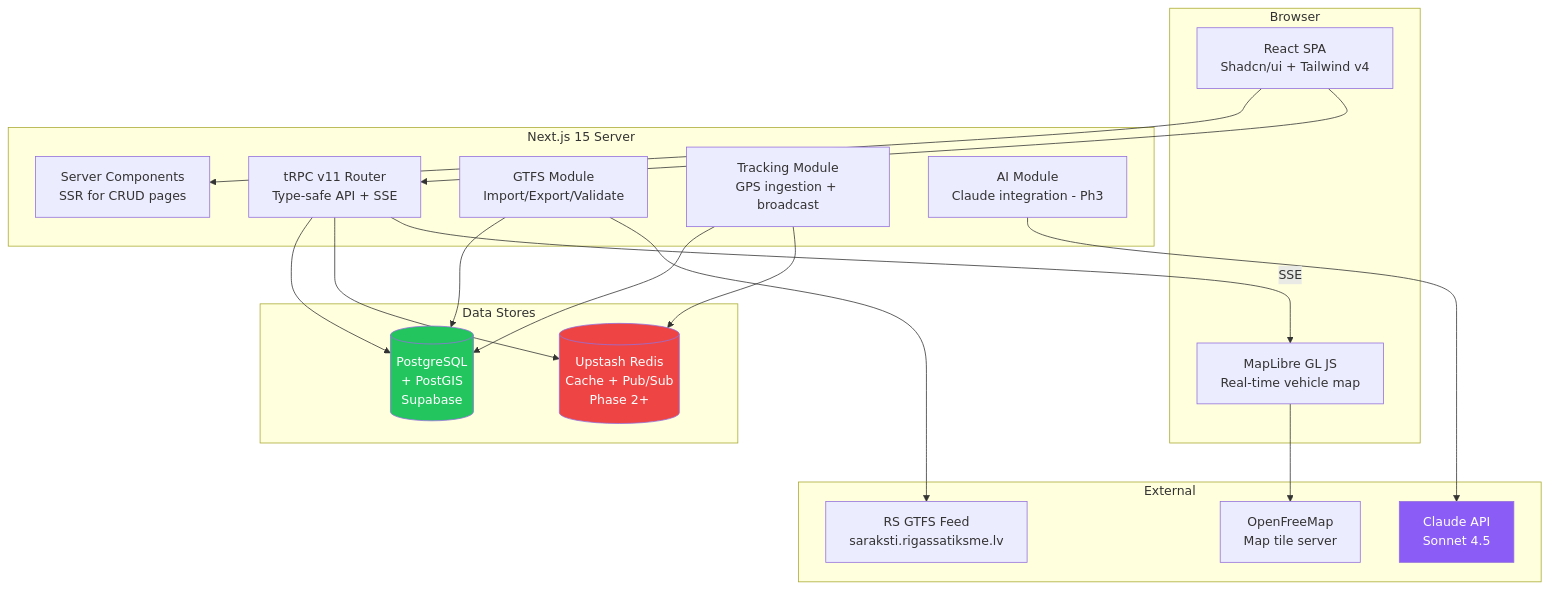
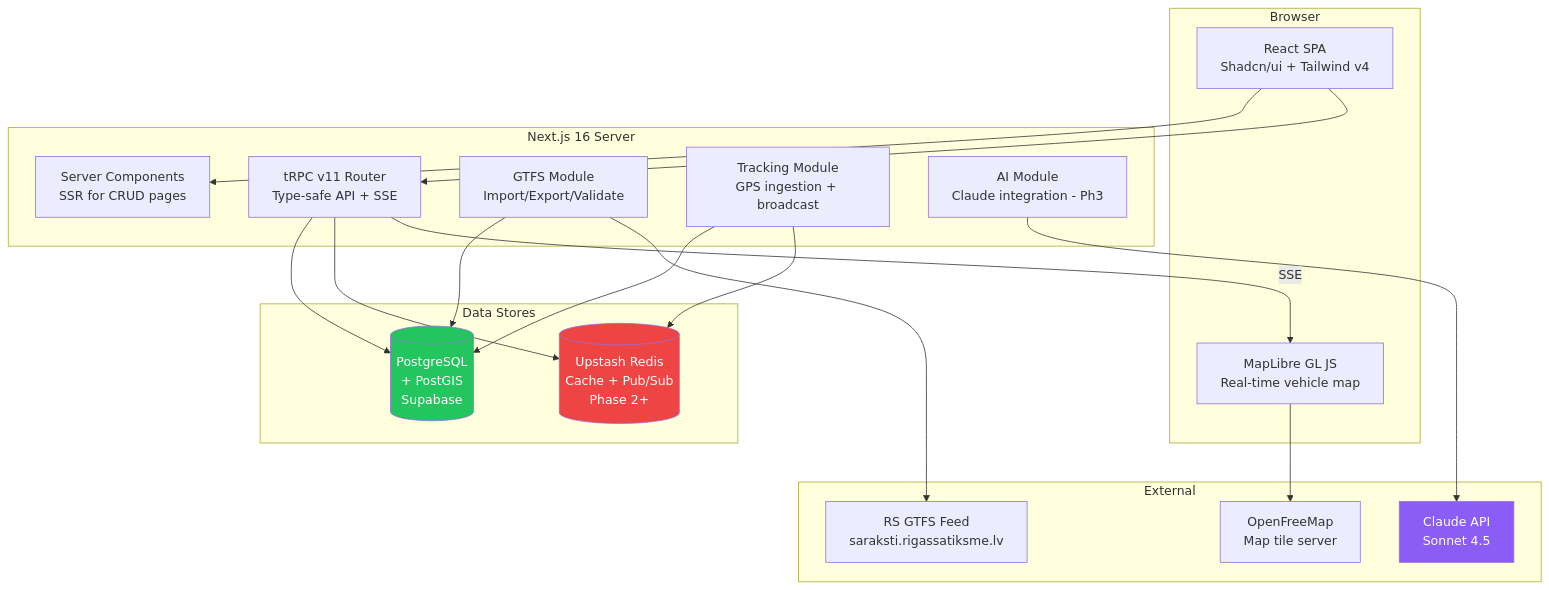
Before and after one commit to linardsb/VTV: the second of 9 diagrams in documents/diagrams/architecture-diagrams.md, drawn with Mermaid. The commit also changed other lines of this file and 9 other files, not shown here.

First line of the commit message:
docs: update all project documentation for frontend architecture

````diff
--- a/documents/diagrams/architecture-diagrams.md
+++ b/documents/diagrams/architecture-diagrams.md
@@ -42,42 +42,42 @@
 ```mermaid
 graph TB
     subgraph "Browser"
         UI[React SPA<br/>Shadcn/ui + Tailwind v4]
         MAP[MapLibre GL JS<br/>Real-time vehicle map]
     end
 
-    subgraph "Next.js 15 Server"
+    subgraph "Next.js 16 Server"
         SC[Server Components<br/>SSR for CRUD pages]
         API[tRPC v11 Router<br/>Type-safe API + SSE]
         GTFS_M[GTFS Module<br/>Import/Export/Validate]
         TRACK[Tracking Module<br/>GPS ingestion + broadcast]
         AI_M[AI Module<br/>Claude integration - Ph3]
     end
 
     subgraph "Data Stores"
         DB[(PostgreSQL<br/>+ PostGIS<br/>Supabase)]
         REDIS[(Upstash Redis<br/>Cache + Pub/Sub<br/>Phase 2+)]
     end
 
     subgraph "External"
         TILES[OpenFreeMap<br/>Map tile server]
         CLAUDE[Claude API<br/>Sonnet 4.5]
         RS_FEED[RS GTFS Feed<br/>saraksti.rigassatiksme.lv]
     end
 
     UI --> SC
     UI --> API
     MAP --> TILES
     API --> DB
     API --> REDIS
     GTFS_M --> DB
     GTFS_M --> RS_FEED
     TRACK --> DB
     TRACK --> REDIS
     AI_M --> CLAUDE
     API -->|SSE| MAP
 
     style DB fill:#22c55e,color:#fff
     style REDIS fill:#ef4444,color:#fff
     style CLAUDE fill:#8b5cf6,color:#fff
 ```
````
